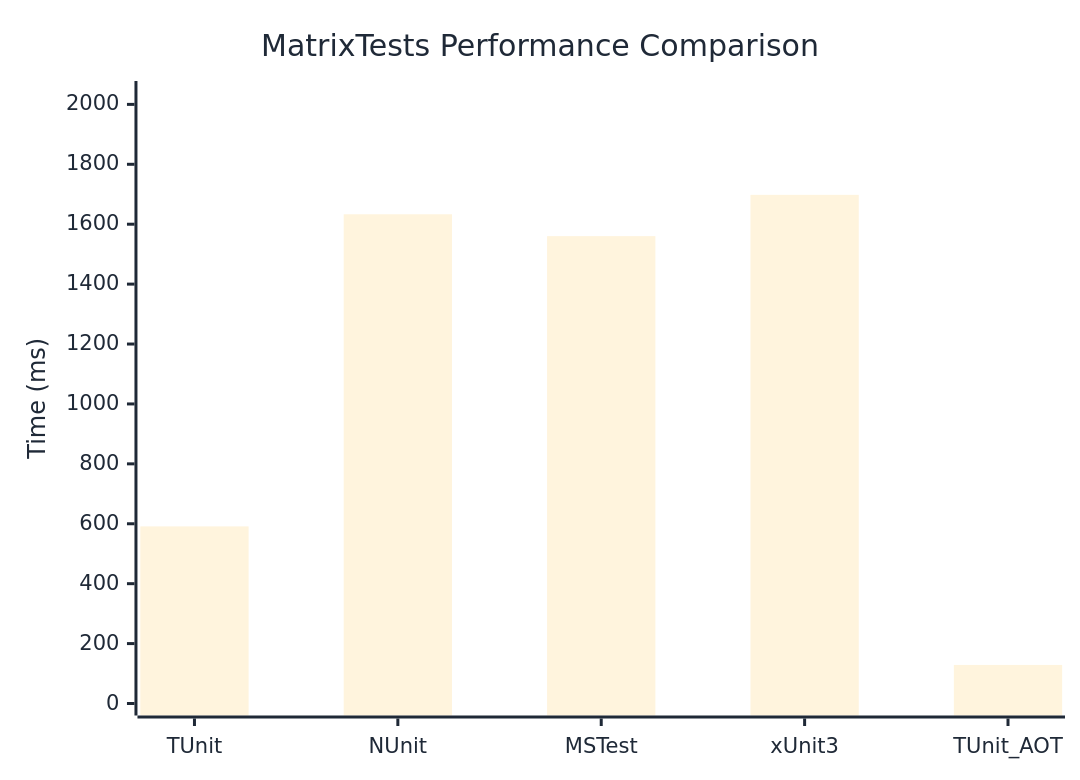
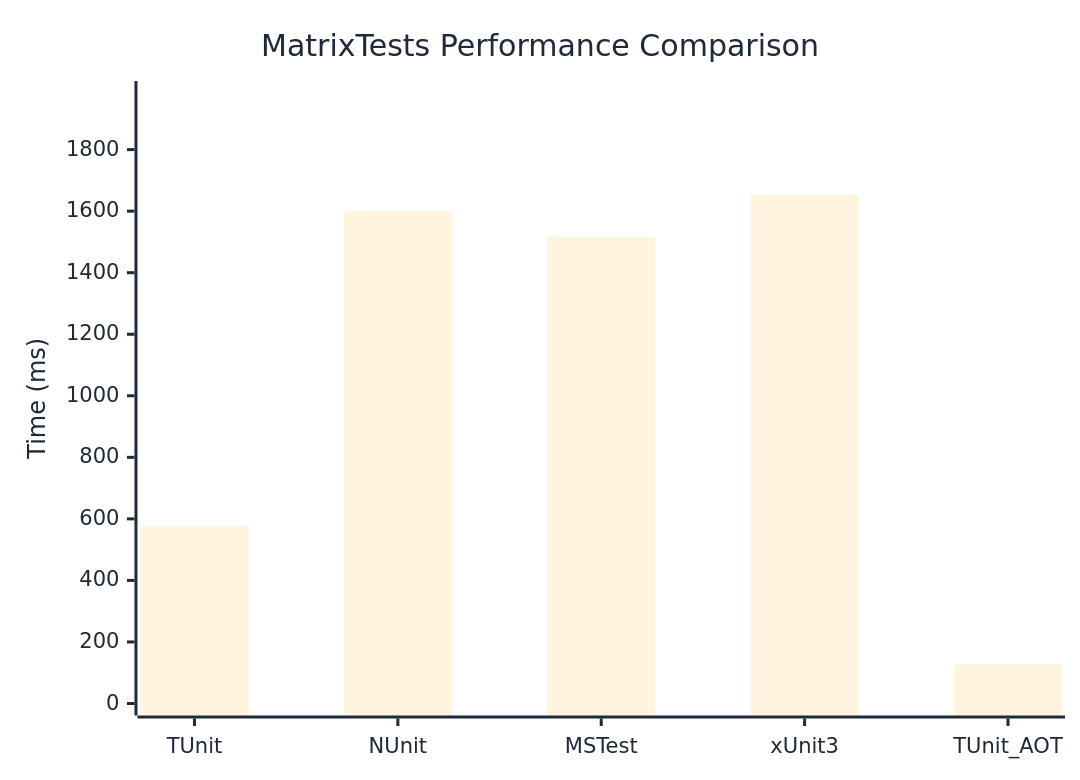
One commit to thomhurst/TUnit changed the diagram in docs/docs/benchmarks/MatrixTests.md. Above: the diagram before and after it, drawn with Mermaid. The commit also changed other lines of this file and 17 other files, not shown here.

````diff
--- a/docs/docs/benchmarks/MatrixTests.md
+++ b/docs/docs/benchmarks/MatrixTests.md
@@ -27,37 +27,37 @@
 ```mermaid
 %%{init: {
   'theme':'base',
   'themeVariables': {
     'primaryColor': '#2563eb',
     'primaryTextColor': '#1f2937',
     'primaryBorderColor': '#1e40af',
     'lineColor': '#6b7280',
     'secondaryColor': '#7c3aed',
     'tertiaryColor': '#dc2626',
     'background': '#ffffff',
     'mainBkg': '#2563eb',
     'secondBkg': '#7c3aed',
     'tertiaryBkg': '#dc2626',
     'clusterBkg': '#f3f4f6',
     'edgeLabelBackground': '#ffffff',
     'tertiaryTextColor': '#1f2937',
     'pie1': '#2563eb',
     'pie2': '#7c3aed',
     'pie3': '#dc2626',
     'pie4': '#f59e0b',
     'pie5': '#10b981',
     'pie6': '#06b6d4',
     'pie7': '#ec4899',
     'pie8': '#6366f1',
     'pie9': '#84cc16',
     'pie10': '#f97316',
     'pie11': '#14b8a6',
     'pie12': '#a855f7'
   }
 }}%%
 xychart-beta
   title "MatrixTests Performance Comparison"
   x-axis ["TUnit", "NUnit", "MSTest", "xUnit3", "TUnit_AOT"]
-  y-axis "Time (ms)" 0 --> 2038
-  bar [591.2, 1633.2, 1560.2, 1698, 128.7]
+  y-axis "Time (ms)" 0 --> 1984
+  bar [576.2, 1600.1, 1516.4, 1652.6, 127.6]
 ```
````
